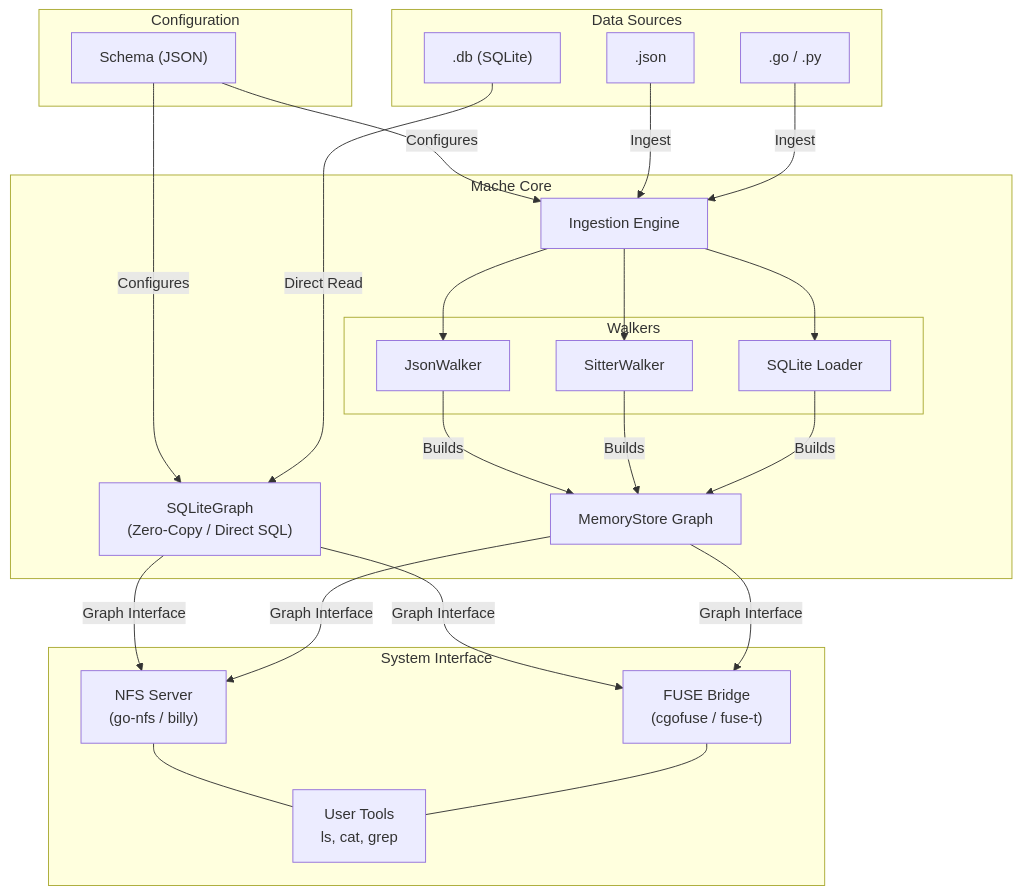
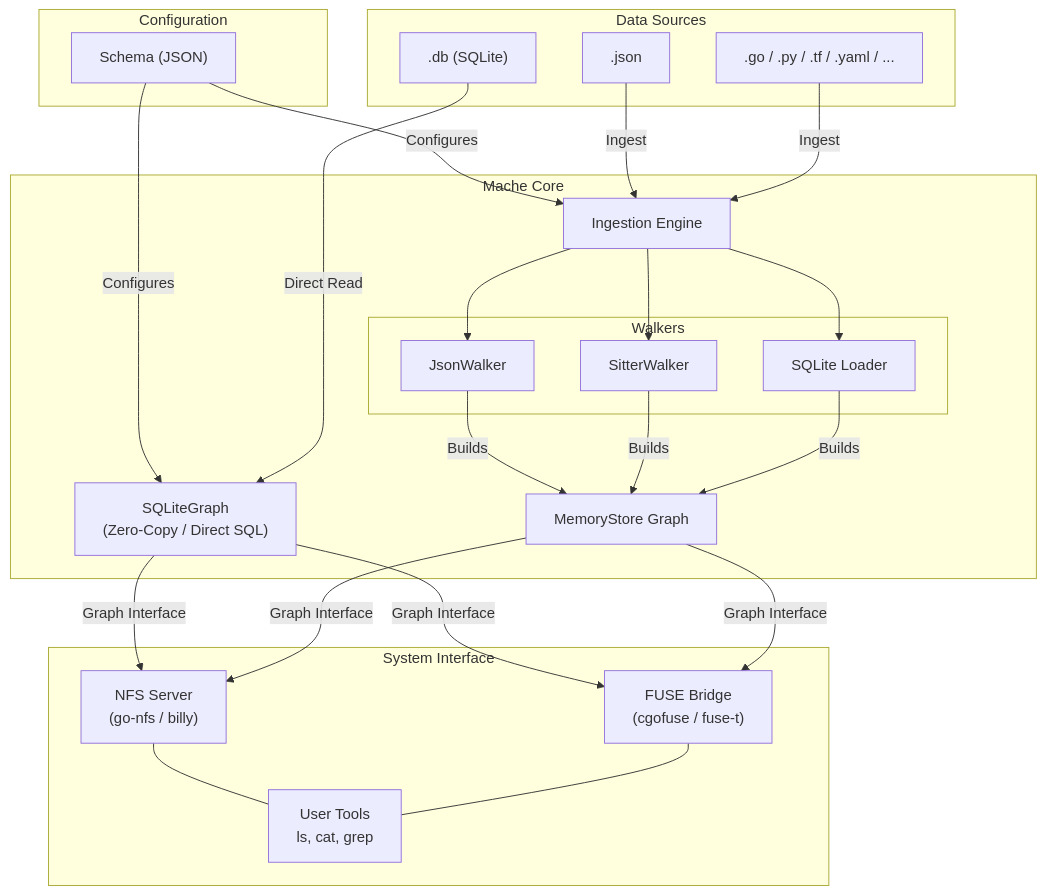
Before and after one commit to agentic-research/mache: the diagram in docs/ARCHITECTURE.md, drawn with Mermaid. The commit also changed other lines of this file and 16 other files, not shown here.

````diff
--- a/docs/ARCHITECTURE.md
+++ b/docs/ARCHITECTURE.md
@@ -5,54 +5,54 @@
 ```mermaid
 graph TD
     subgraph Configuration
         Schema["Schema (JSON)"]
     end
 
     subgraph "Data Sources"
         SQLiteFile[".db (SQLite)"]
         FlatFile[".json"]
-        SourceCode[".go / .py"]
+        SourceCode[".go / .py / .tf / .yaml / ..."]
     end
 
     subgraph "Mache Core"
         SQLiteGraph["SQLiteGraph<br/>(Zero-Copy / Direct SQL)"]
         Engine[Ingestion Engine]
 
         subgraph "Walkers"
             JW[JsonWalker]
             SW[SitterWalker]
             SL[SQLite Loader]
         end
 
         MemoryStore["MemoryStore Graph"]
     end
 
     subgraph "System Interface"
         NFS["NFS Server<br/>(go-nfs / billy)"]
         FUSE["FUSE Bridge<br/>(cgofuse / fuse-t)"]
         Tools["User Tools<br/>ls, cat, grep"]
     end
 
     Schema -->|Configures| SQLiteGraph
     Schema -->|Configures| Engine
 
     SQLiteFile -->|Direct Read| SQLiteGraph
     FlatFile -->|Ingest| Engine
     SourceCode -->|Ingest| Engine
 
     Engine --> JW
     Engine --> SW
     Engine --> SL
 
     JW -->|Builds| MemoryStore
     SW -->|Builds| MemoryStore
     SL -->|Builds| MemoryStore
 
     SQLiteGraph -->|Graph Interface| NFS
     MemoryStore -->|Graph Interface| NFS
     SQLiteGraph -->|Graph Interface| FUSE
     MemoryStore -->|Graph Interface| FUSE
 
     NFS --- Tools
     FUSE --- Tools
 ```
````
